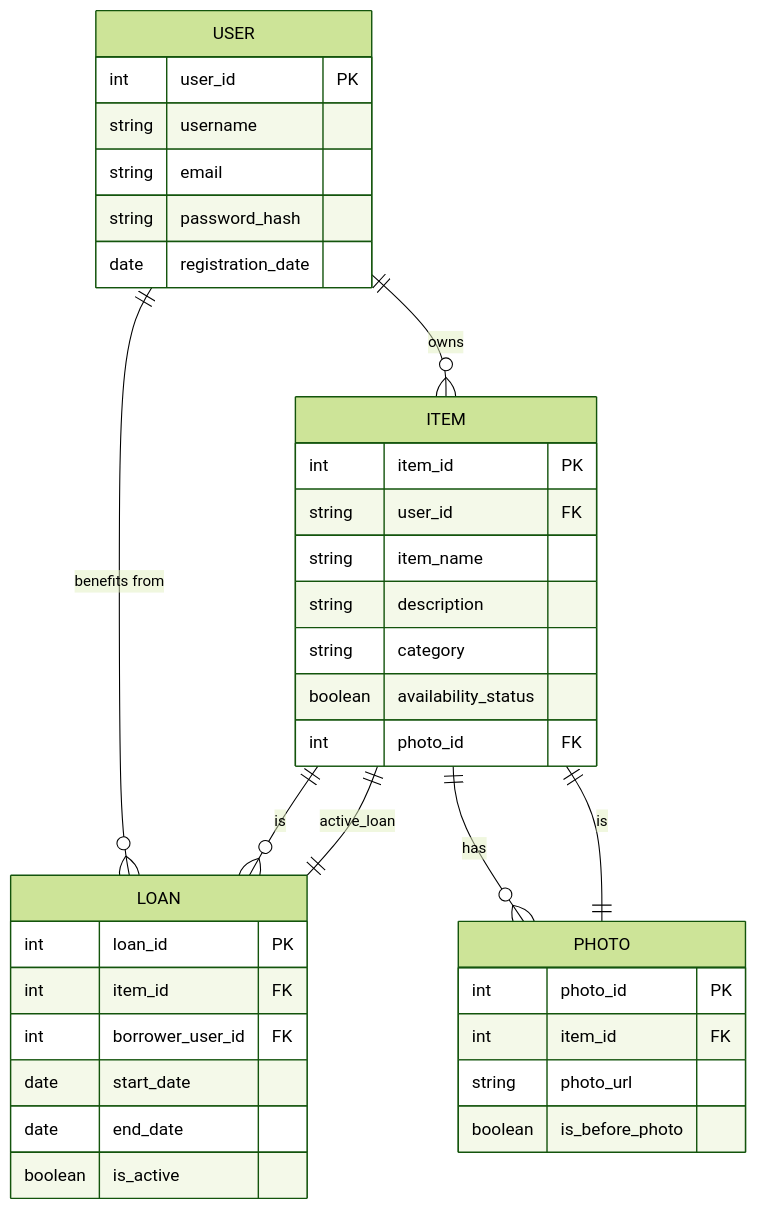
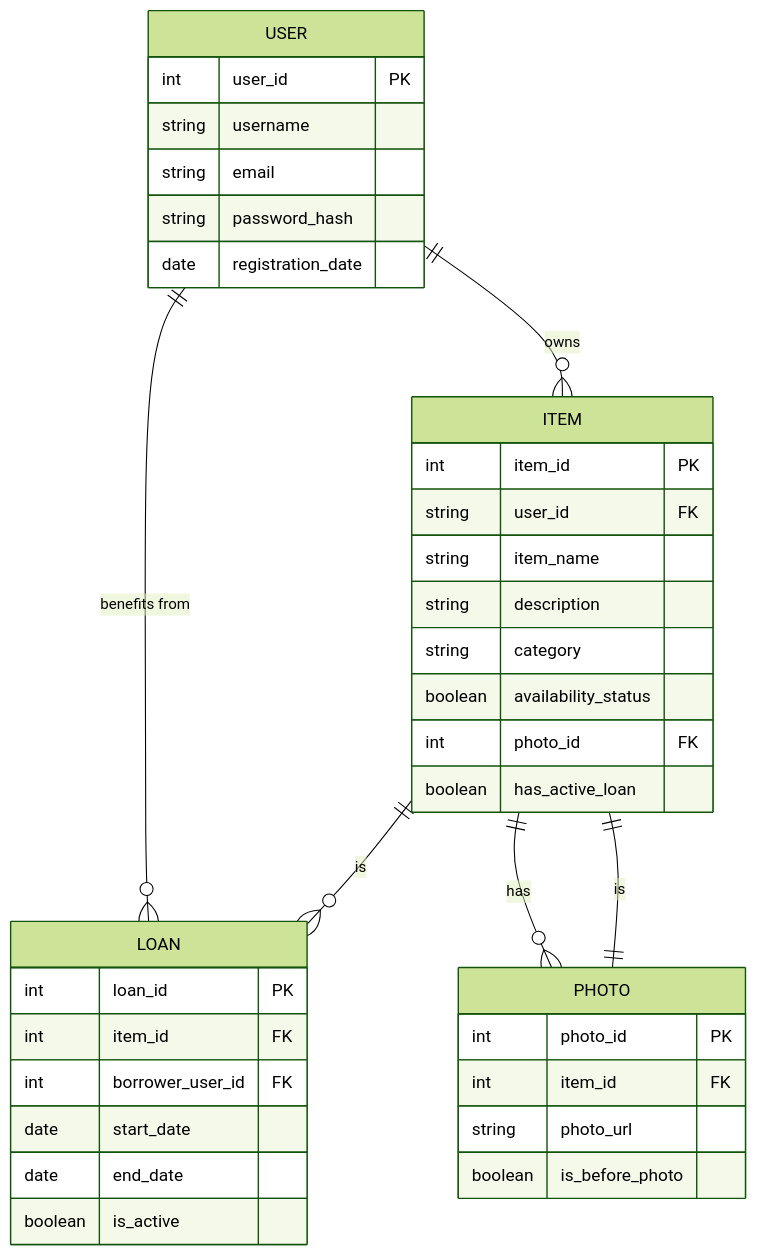
The diagram in erDiagram.mmd (kristinealli/ShareCycle), drawn with Mermaid (forest theme) before and after one commit.

Commit message:
Update erDiagram.mmd
Add active_loan boolean to item table, removed as a relationship as not needed.

```diff
--- a/erDiagram.mmd
+++ b/erDiagram.mmd
@@ -1,41 +1,41 @@
 erDiagram
     USER ||--o{ ITEM : owns
     USER ||--o{ LOAN : "benefits from"
     ITEM ||--o{ LOAN : is
-    LOAN ||--|| ITEM : active_loan
     ITEM ||--o{ PHOTO : has
     PHOTO ||--|| ITEM : is
     
     USER {
         int user_id PK
         string username
         string email
         string password_hash
         date registration_date
     }
     
     ITEM {
         int item_id PK
         string user_id FK
         string item_name
         string description
         string category
         boolean availability_status
         int photo_id FK
+        boolean has_active_loan
     }
     
     LOAN {
         int loan_id PK
         int item_id FK
         int borrower_user_id FK
         date start_date
         date end_date
         boolean is_active
     }
     
     PHOTO {
         int photo_id PK
         int item_id FK
         string photo_url
         boolean is_before_photo
     }
```
